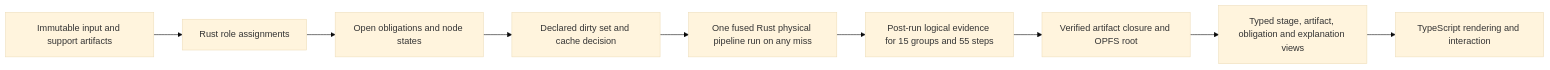
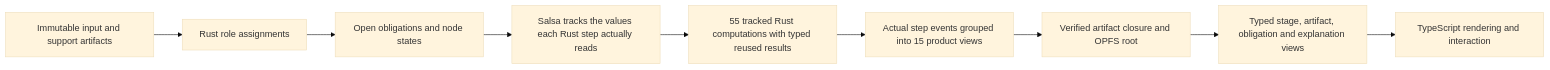
Before and after one commit to uzaira0/chronicle-android-raw-data-preprocessing-app: the diagram in docs/semantic-federation/production-proof.md, drawn with Mermaid (base theme). The commit also changed other lines of this file and 144 other files, not shown here.

Commit message:
feat: make the 55-step Rust graph authoritative

````diff
--- a/docs/semantic-federation/production-proof.md
+++ b/docs/semantic-federation/production-proof.md
@@ -36,14 +39,14 @@
 ```mermaid
 flowchart LR
     I["Immutable input and support artifacts"]
     A["Rust role assignments"]
     O["Open obligations and node states"]
-    K["Declared dirty set and cache decision"]
-    P["One fused Rust physical pipeline run on any miss"]
-    E["Post-run logical evidence for 15 groups and 55 steps"]
+    K["Salsa tracks the values each Rust step actually reads"]
+    P["55 tracked Rust computations with typed reused results"]
+    E["Actual step events grouped into 15 product views"]
     C["Verified artifact closure and OPFS root"]
     V["Typed stage, artifact, obligation and explanation views"]
     U["TypeScript rendering and interaction"]
 
     I --> A --> O --> K --> P --> E --> C --> V --> U
 ```
````
